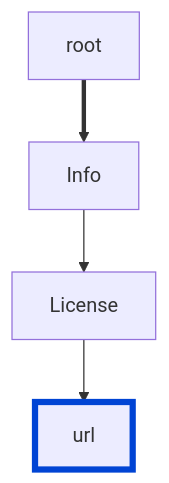
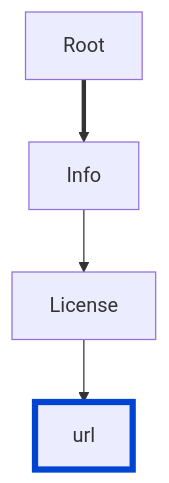
One commit to Redocly/redocly-cli changed the diagram in docs/@v1/rules/oas/info-license-url.md. Above: the diagram before and after it, drawn with Mermaid. The commit also changed 36 other files, not shown here.

````diff
--- a/docs/@v1/rules/oas/info-license-url.md
+++ b/docs/@v1/rules/oas/info-license-url.md
@@ -15,7 +15,7 @@
 ```mermaid
 flowchart TD
 
-root ==> Info --> License --> url
+Root ==> Info --> License --> url
 
 style url fill:#codaf9,stroke:#0044d4,stroke-width:5px
 ```
````
